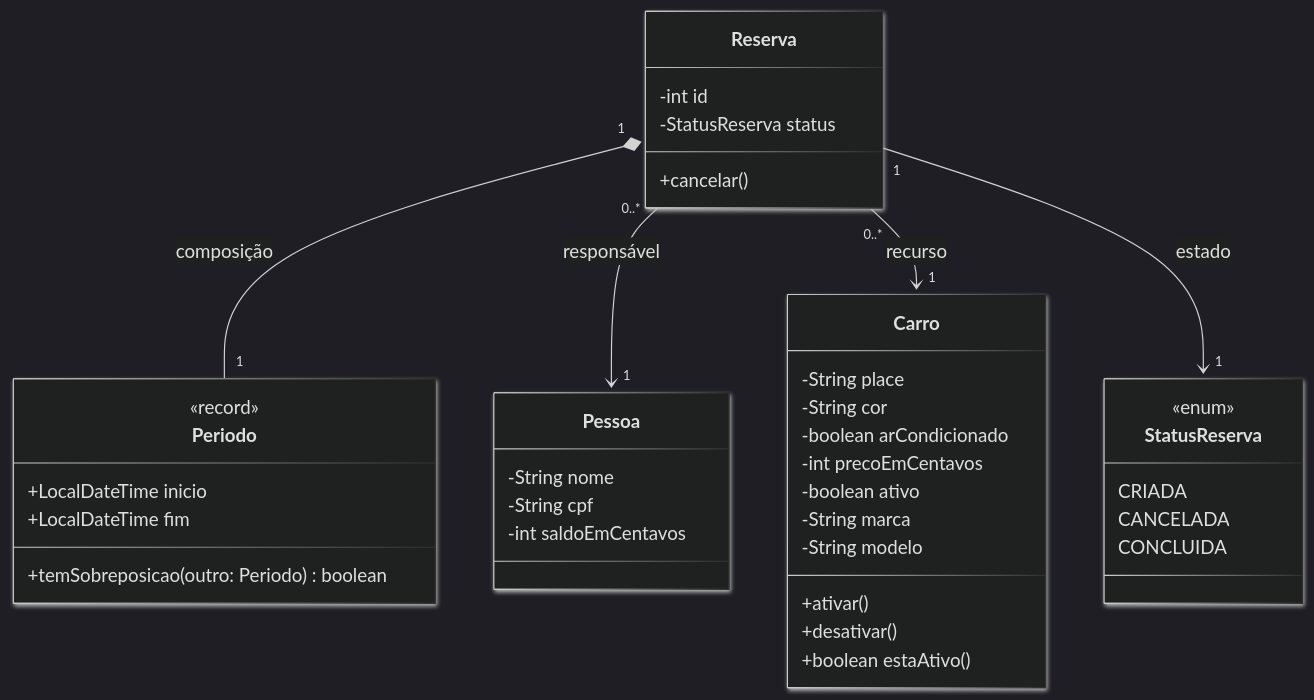
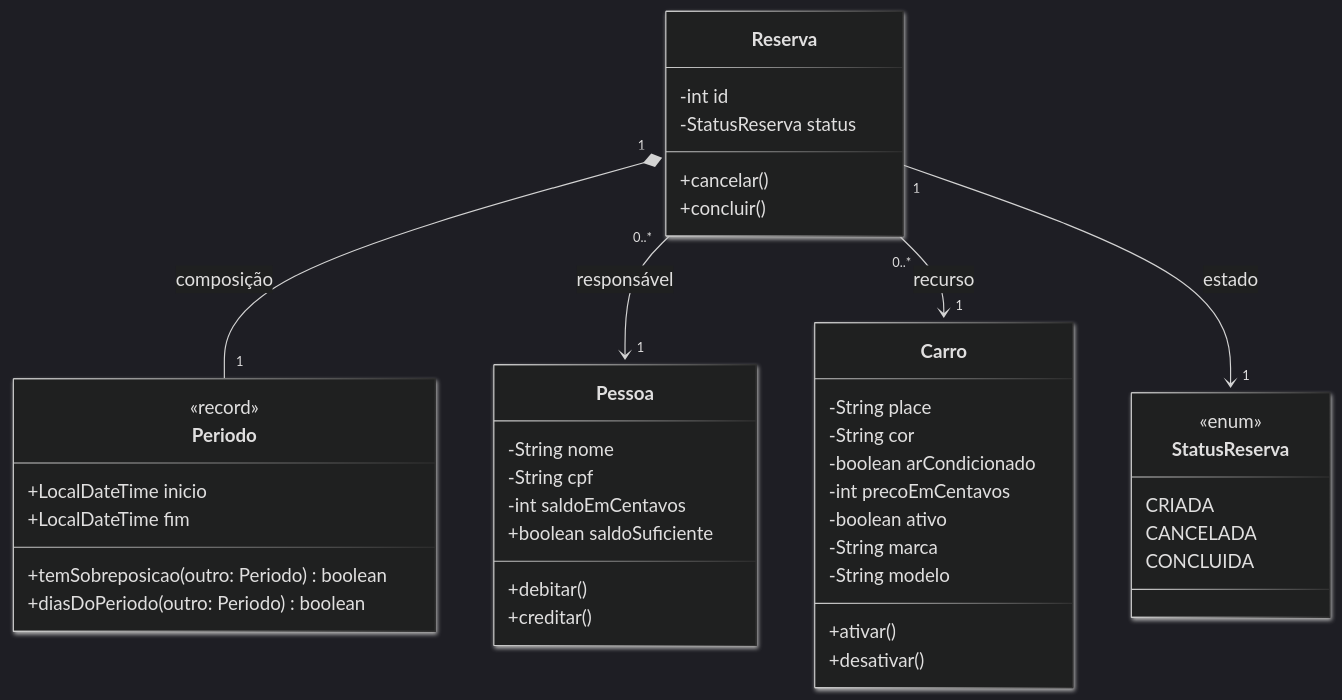
The diagram in docs/diagrama-de-classes.md (Vinny-26/java-project), drawn with Mermaid before and after one commit. The commit also changed 4 other files, not shown here.

````diff
--- a/docs/diagrama-de-classes.md
+++ b/docs/diagrama-de-classes.md
@@ -1,52 +1,56 @@
 ```mermaid
 ---
 config:
   theme: dark
   look: neo
 ---
 classDiagram
     
     class StatusReserva {
       <<enum>>
       CRIADA
       CANCELADA
       CONCLUIDA
     }
     
     class Pessoa {
       -String nome
       -String cpf
       -int saldoEmCentavos
+      +boolean saldoSuficiente
+      +debitar()
+      +creditar()
     }
     
     class Carro {
       -String place
       -String cor
       -boolean arCondicionado
       -int precoEmCentavos
       -boolean ativo
       -String marca
       -String modelo
       +ativar()
       +desativar()
-      +boolean estaAtivo()
     }
 
     class Periodo {
         <<record>>
         +LocalDateTime inicio
         +LocalDateTime fim
         +temSobreposicao(outro: Periodo) boolean
+        +diasDoPeriodo(outro: Periodo) boolean
     }
 
     class Reserva {
       -int id
       -StatusReserva status
       +cancelar()
+      +concluir()
     }
     
     Reserva "1" *-- "1" Periodo : composição
     Reserva "0..*" --> "1" Pessoa : responsável
     Reserva "0..*" --> "1" Carro : recurso
     Reserva "1" --> "1" StatusReserva : estado
 ```
````
